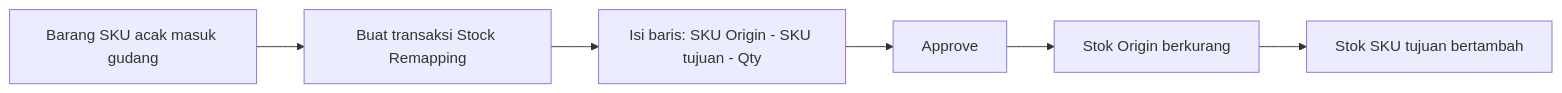
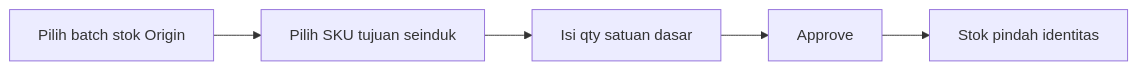
The diagram in qa-docs/accounting-stock-remapping/user-guide.md (yendyr/olshoperp-docs), drawn with Mermaid before and after one commit. The commit also changed other lines of this file and 123 other files, not shown here.

````diff
--- a/qa-docs/accounting-stock-remapping/user-guide.md
+++ b/qa-docs/accounting-stock-remapping/user-guide.md
@@ -34,8 +34,7 @@
 ```mermaid
 flowchart LR
-    A[Barang SKU acak masuk gudang] --> B[Buat transaksi Stock Remapping]
-    B --> C[Isi baris: SKU Origin - SKU tujuan - Qty]
+    A[Pilih batch stok Origin] --> B[Pilih SKU tujuan seinduk]
+    B --> C[Isi qty satuan dasar]
     C --> D[Approve]
-    D --> E[Stok Origin berkurang]
-    E --> F[Stok SKU tujuan bertambah]
+    D --> E[Stok pindah identitas]
 ```
````
